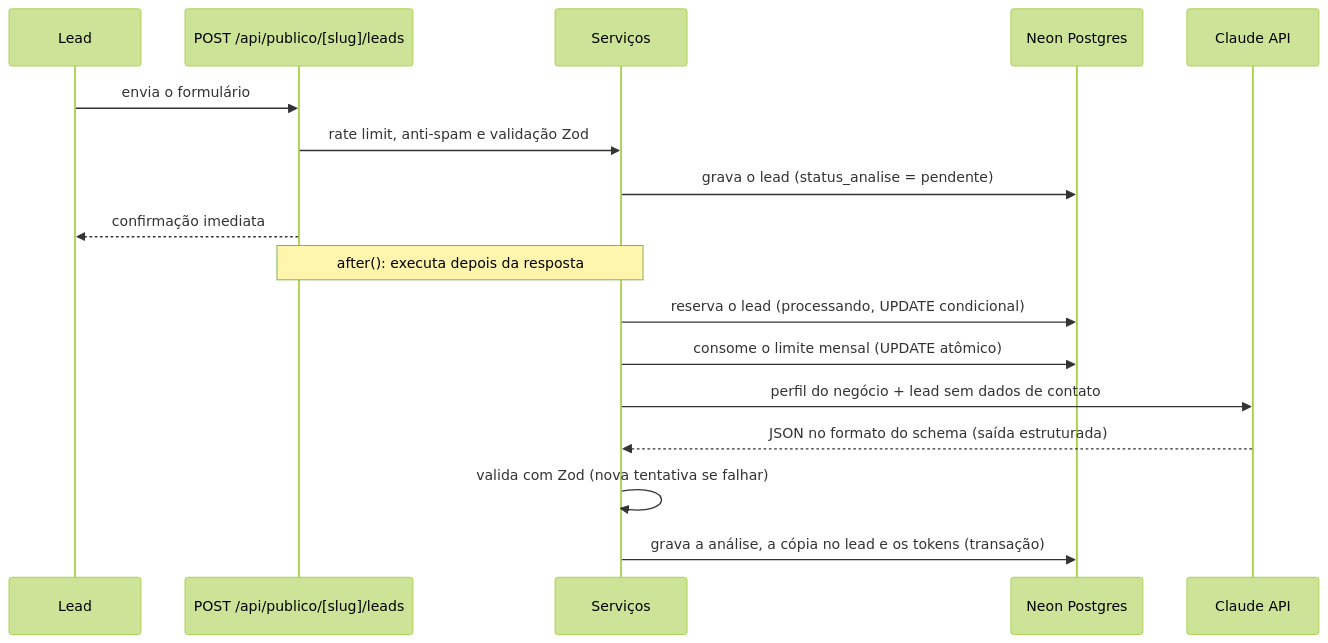
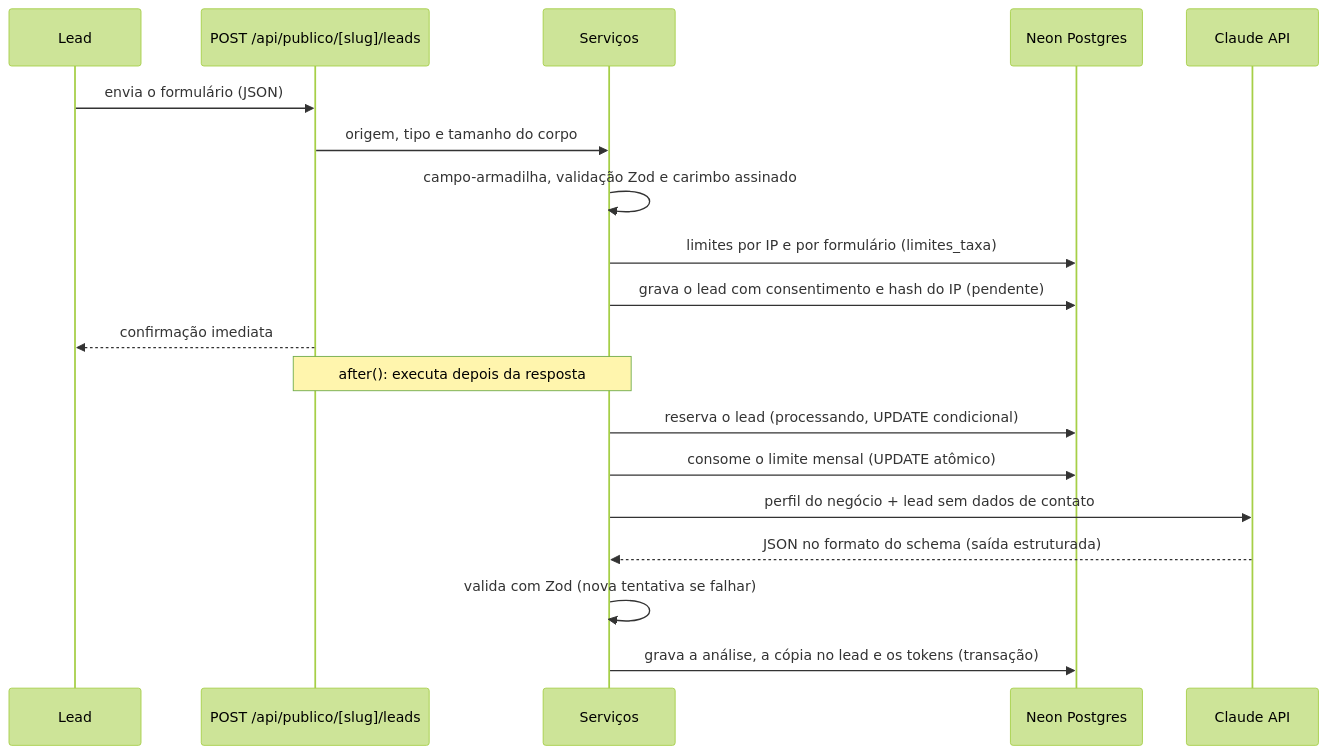
The second of 3 diagrams in docs/arquitetura.md (FernandoRCoelho5/leadscore-ia), drawn with Mermaid (forest theme) before and after one commit. The commit also changed other lines of this file and 1 other file, not shown here.

Commit message:
docs: registra D-028 (captação pública, anti-spam e iframe)

````diff
--- a/docs/arquitetura.md
+++ b/docs/arquitetura.md
@@ -258,19 +259,21 @@
 ```mermaid
 sequenceDiagram
   participant L as Lead
   participant API as POST /api/publico/[slug]/leads
   participant S as Serviços
   participant DB as Neon Postgres
   participant IA as Claude API
-  L->>API: envia o formulário
-  API->>S: rate limit, anti-spam e validação Zod
-  S->>DB: grava o lead (status_analise = pendente)
+  L->>API: envia o formulário (JSON)
+  API->>S: origem, tipo e tamanho do corpo
+  S->>S: campo-armadilha, validação Zod e carimbo assinado
+  S->>DB: limites por IP e por formulário (limites_taxa)
+  S->>DB: grava o lead com consentimento e hash do IP (pendente)
   API-->>L: confirmação imediata
   Note over API,S: after(): executa depois da resposta
   S->>DB: reserva o lead (processando, UPDATE condicional)
   S->>DB: consome o limite mensal (UPDATE atômico)
   S->>IA: perfil do negócio + lead sem dados de contato
   IA-->>S: JSON no formato do schema (saída estruturada)
   S->>S: valida com Zod (nova tentativa se falhar)
   S->>DB: grava a análise, a cópia no lead e os tokens (transação)
 ```
````
